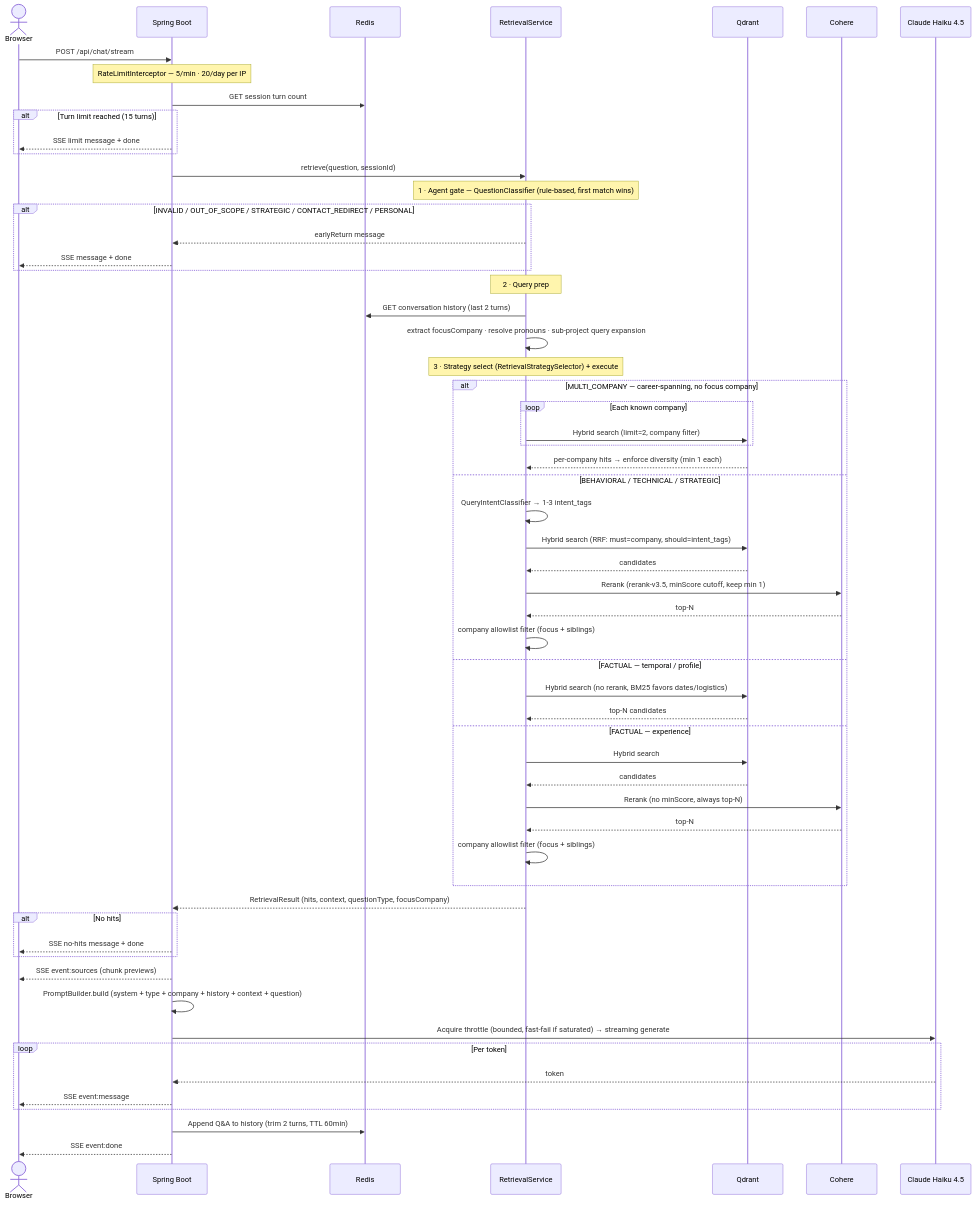
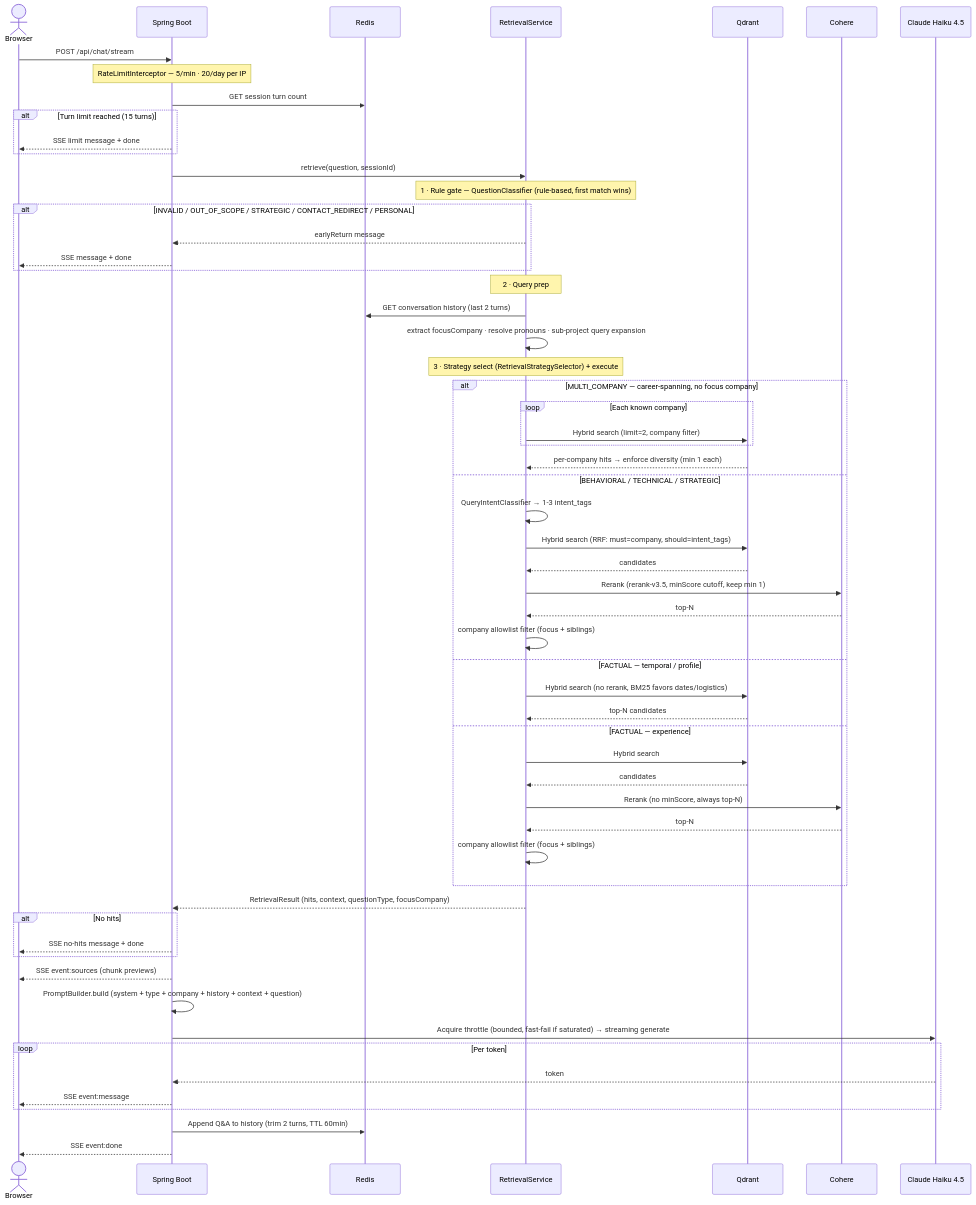
Before and after one commit to Ccbillow/portfolio-ai-rag: the diagram in docs/sequence-diagrams/chat-stream-flow.mmd, drawn with Mermaid. The commit also changed 11 other files, not shown here.

Commit message:
docs: align docs with code (document-level summary, rule-based router, judge model, pricing, chat history, Flyway)

```diff
--- a/docs/sequence-diagrams/chat-stream-flow.mmd
+++ b/docs/sequence-diagrams/chat-stream-flow.mmd
@@ -1,69 +1,69 @@
 sequenceDiagram
     actor Browser
     participant API as Spring Boot
     participant Redis
     participant RS as RetrievalService
     participant Qdrant
     participant Cohere
     participant Claude as Claude Haiku 4.5
 
     Browser->>API: POST /api/chat/stream
     Note over API: RateLimitInterceptor — 5/min · 20/day per IP
 
     API->>Redis: GET session turn count
     alt Turn limit reached (15 turns)
         API-->>Browser: SSE limit message + done
     end
 
     API->>RS: retrieve(question, sessionId)
 
-    Note over RS: 1 · Agent gate — QuestionClassifier (rule-based, first match wins)
+    Note over RS: 1 · Rule gate — QuestionClassifier (rule-based, first match wins)
     alt INVALID / OUT_OF_SCOPE / STRATEGIC / CONTACT_REDIRECT / PERSONAL
         RS-->>API: earlyReturn message
         API-->>Browser: SSE message + done
     end
 
     Note over RS: 2 · Query prep
     RS->>Redis: GET conversation history (last 2 turns)
     RS->>RS: extract focusCompany · resolve pronouns · sub-project query expansion
 
     Note over RS: 3 · Strategy select (RetrievalStrategySelector) + execute
     alt MULTI_COMPANY — career-spanning, no focus company
         loop Each known company
             RS->>Qdrant: Hybrid search (limit=2, company filter)
         end
         Qdrant-->>RS: per-company hits → enforce diversity (min 1 each)
     else BEHAVIORAL / TECHNICAL / STRATEGIC
         RS->>RS: QueryIntentClassifier → 1-3 intent_tags
         RS->>Qdrant: Hybrid search (RRF: must=company, should=intent_tags)
         Qdrant-->>RS: candidates
         RS->>Cohere: Rerank (rerank-v3.5, minScore cutoff, keep min 1)
         Cohere-->>RS: top-N
         RS->>RS: company allowlist filter (focus + siblings)
     else FACTUAL — temporal / profile
         RS->>Qdrant: Hybrid search (no rerank, BM25 favors dates/logistics)
         Qdrant-->>RS: top-N candidates
     else FACTUAL — experience
         RS->>Qdrant: Hybrid search
         Qdrant-->>RS: candidates
         RS->>Cohere: Rerank (no minScore, always top-N)
         Cohere-->>RS: top-N
         RS->>RS: company allowlist filter (focus + siblings)
     end
 
     RS-->>API: RetrievalResult (hits, context, questionType, focusCompany)
 
     alt No hits
         API-->>Browser: SSE no-hits message + done
     end
 
     API-->>Browser: SSE event:sources (chunk previews)
     API->>API: PromptBuilder.build (system + type + company + history + context + question)
     API->>Claude: Acquire throttle (bounded, fast-fail if saturated) → streaming generate
     loop Per token
         Claude-->>API: token
         API-->>Browser: SSE event:message
     end
 
     API->>Redis: Append Q&A to history (trim 2 turns, TTL 60min)
     API-->>Browser: SSE event:done
```
